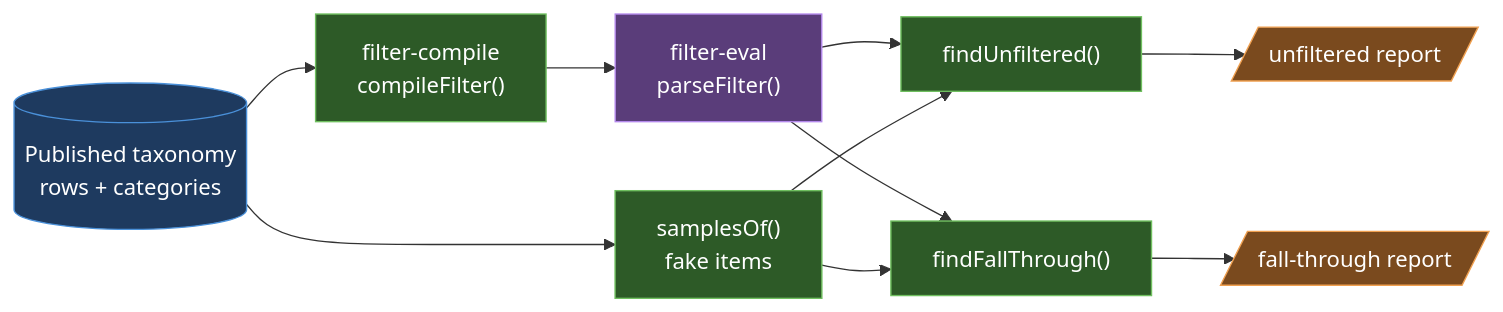
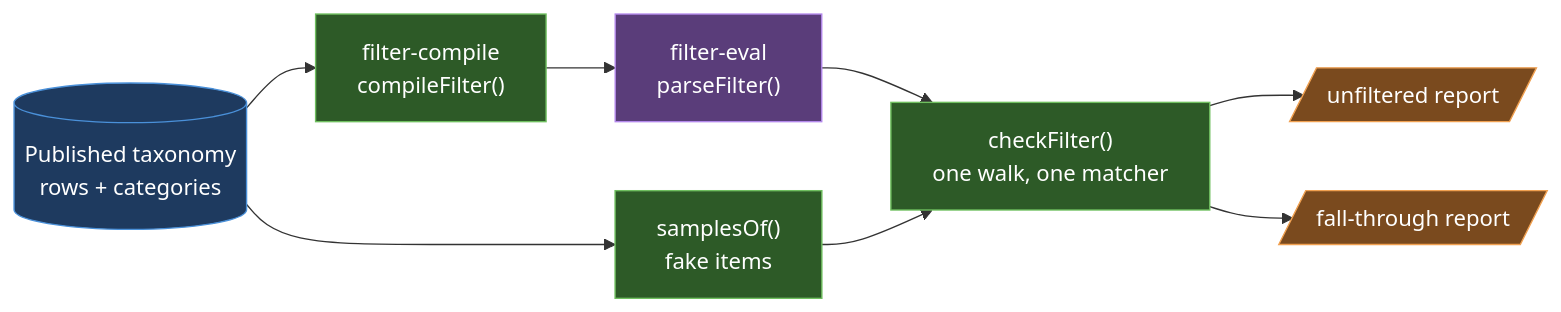
Before and after one commit to andreicaminschi/poe-stuff: the first of 5 diagrams in docs/sample-validation.md, drawn with Mermaid. The commit also changed other lines of this file and 7 other files, not shown here.

First line of the commit message:
perf(filter-validate): one sample walk for both reports

````diff
--- a/docs/sample-validation.md
+++ b/docs/sample-validation.md
@@ -9,23 +9,22 @@
 ```mermaid
 flowchart LR
     classDef source fill:#1e3a5f,stroke:#4a90d9,color:#fff
     classDef lib fill:#2d5a27,stroke:#6fbf5f,color:#fff
     classDef eval fill:#5a3d7a,stroke:#b388eb,color:#fff
     classDef out fill:#7a4a1e,stroke:#f0a050,color:#fff
 
     T[("Published taxonomy<br/>rows + categories")]:::source
     C["filter-compile<br/>compileFilter()"]:::lib
     P["filter-eval<br/>parseFilter()"]:::eval
     S["samplesOf()<br/>fake items"]:::lib
-    U["findUnfiltered()"]:::lib
-    F["findFallThrough()"]:::lib
+    K["checkFilter()<br/>one walk, one matcher"]:::lib
     R1[/"unfiltered report"/]:::out
     R2[/"fall-through report"/]:::out
 
     T --> C --> P
     T --> S
-    P --> U
-    P --> F
-    S --> U --> R1
-    S --> F --> R2
+    P --> K
+    S --> K
+    K --> R1
+    K --> R2
 ```
````
